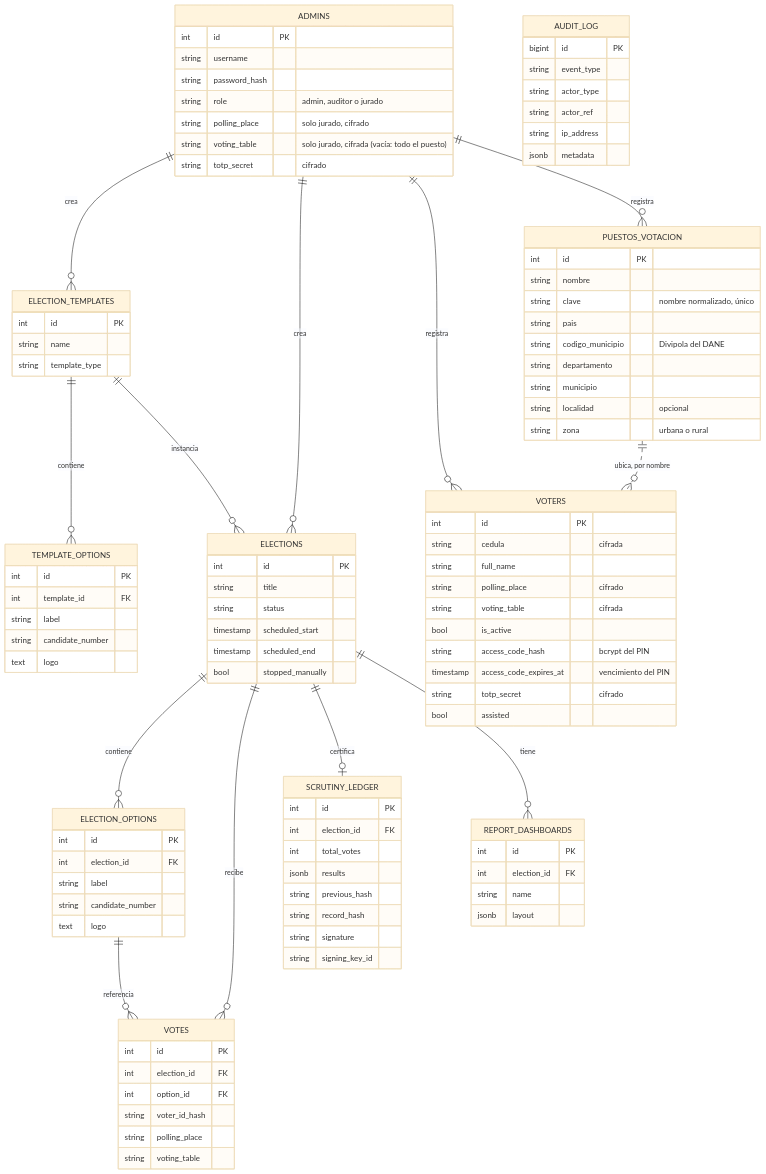
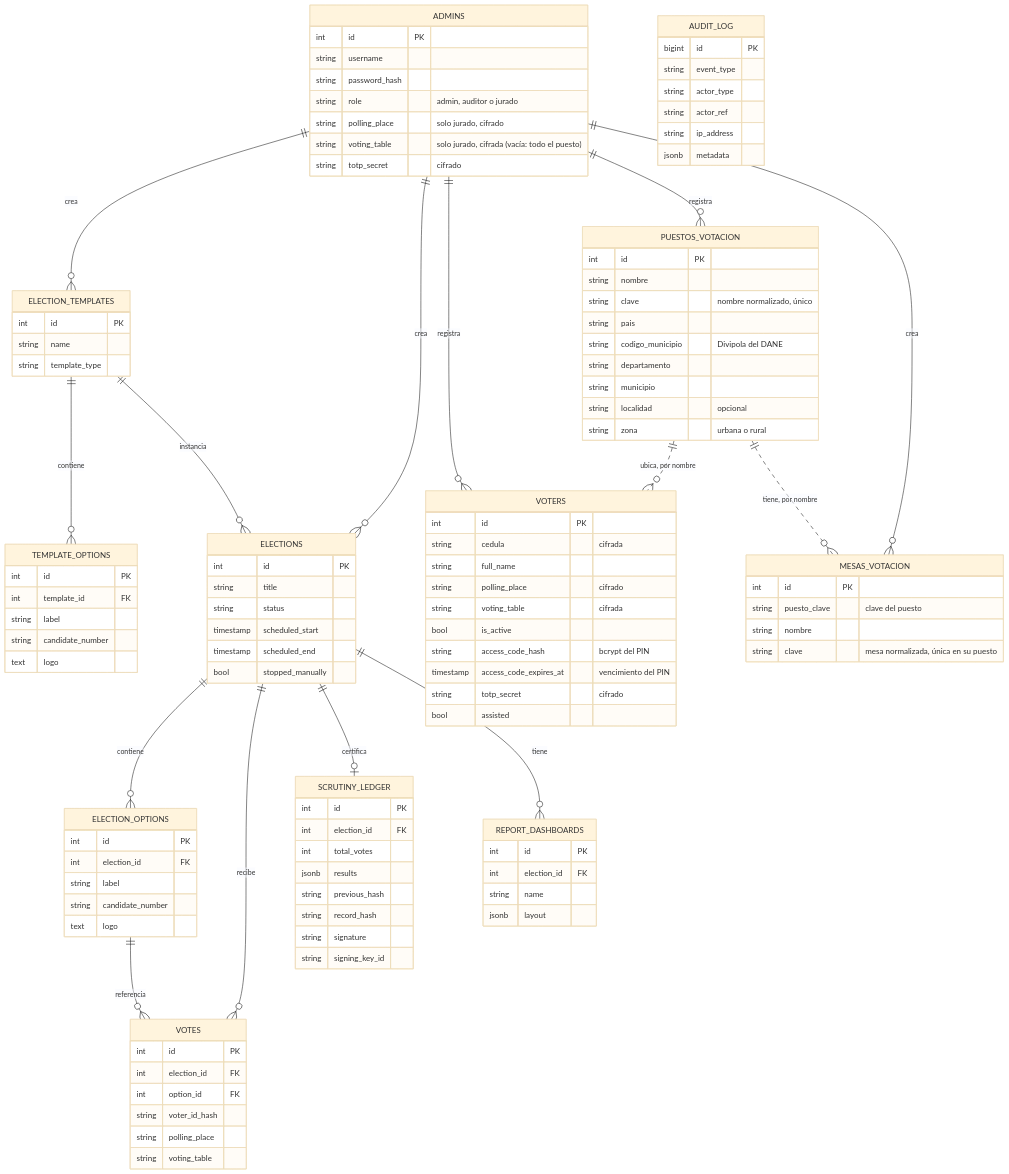
One commit to NicolasPineda1421/LiveMetric changed the fifth of 5 diagrams in docs/manual-arquitectura.md. Above: the diagram before and after it, drawn with Mermaid (base theme). The commit also changed other lines of this file and 21 other files, not shown here.

```diff
--- a/docs/manual-arquitectura.md
+++ b/docs/manual-arquitectura.md
@@ -374,7 +374,9 @@
     ADMINS ||--o{ ELECTIONS : crea
     ADMINS ||--o{ VOTERS : registra
     ADMINS ||--o{ PUESTOS_VOTACION : registra
+    ADMINS ||--o{ MESAS_VOTACION : crea
     PUESTOS_VOTACION ||..o{ VOTERS : "ubica, por nombre"
+    PUESTOS_VOTACION ||..o{ MESAS_VOTACION : "tiene, por nombre"
     ELECTION_TEMPLATES ||--o{ TEMPLATE_OPTIONS : contiene
     ELECTION_TEMPLATES ||--o{ ELECTIONS : instancia
     ELECTIONS ||--o{ ELECTION_OPTIONS : contiene
@@ -414,6 +416,12 @@
         string municipio
         string localidad "opcional"
         string zona "urbana o rural"
+    }
+    MESAS_VOTACION {
+        int id PK
+        string puesto_clave "clave del puesto"
+        string nombre
+        string clave "mesa normalizada, única en su puesto"
     }
     ELECTION_TEMPLATES {
         int id PK
```
